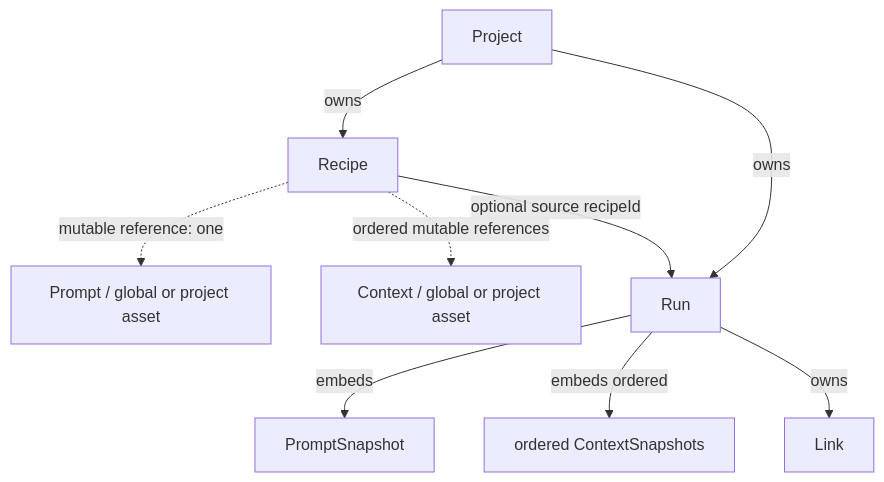
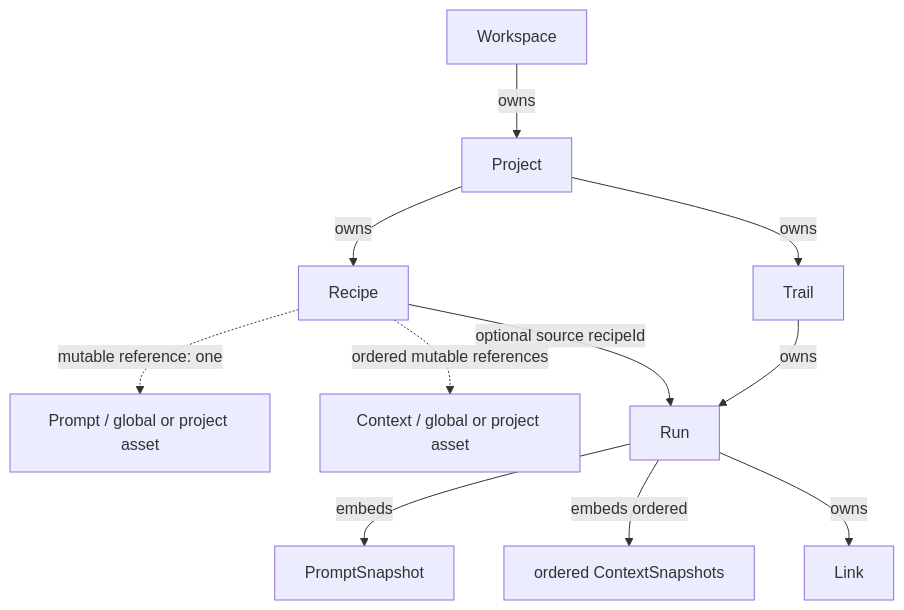
Before and after one commit to yuyuyu0706/ai-workbench: the diagram in docs/architecture/prompt-trail/data-model.md, drawn with Mermaid. The commit also changed other lines of this file and 64 other files, not shown here.

First line of the commit message:
feat(prompt-trail): add Workspace/Trail domain, v4→v5 schema migration, and ADRs 0004-0007

````diff
--- a/docs/architecture/prompt-trail/data-model.md
+++ b/docs/architecture/prompt-trail/data-model.md
@@ -19,20 +19,24 @@
 ```mermaid
 flowchart TD
+  Workspace[Workspace]
   Project[Project]
   Prompt[Prompt / global or project asset]
   Context[Context / global or project asset]
   Recipe[Recipe]
+  Trail[Trail]
   Run[Run]
   PromptSnapshot[PromptSnapshot]
   ContextSnapshots[ordered ContextSnapshots]
   Link[Link]
 
+  Workspace -->|owns| Project
   Project -->|owns| Recipe
-  Project -->|owns| Run
+  Project -->|owns| Trail
+  Trail -->|owns| Run
   Recipe -->|optional source recipeId| Run
   Recipe -. mutable reference: one .-> Prompt
   Recipe -. ordered mutable references .-> Context
   Run -->|embeds| PromptSnapshot
   Run -->|embeds ordered| ContextSnapshots
   Run -->|owns| Link
 ```
````
